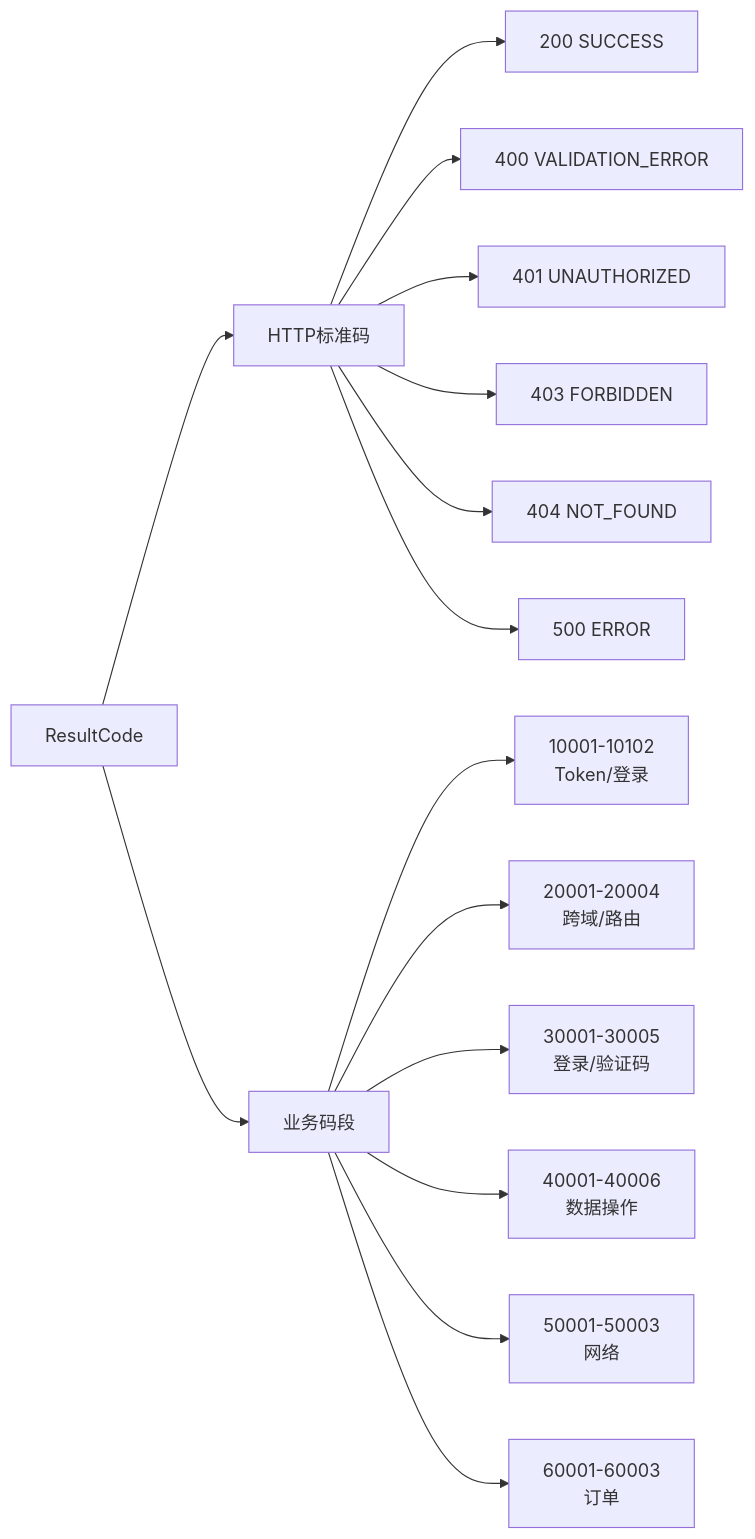
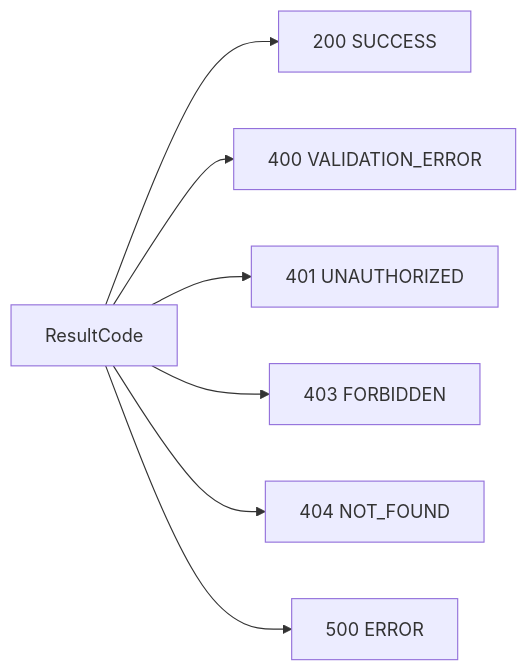
The diagram in docs/stories/US-005-结果码与业务错误码体系.md (shrimp-group/sh-framework), drawn with Mermaid before and after one commit. The commit also changed other lines of this file and 4 other files, not shown here.

````diff
--- a/docs/stories/US-005-结果码与业务错误码体系.md
+++ b/docs/stories/US-005-结果码与业务错误码体系.md
@@ -13,19 +13,9 @@
 ```mermaid
 flowchart LR
-    A[ResultCode] --> B[HTTP标准码]
-    A --> C[业务码段]
-    
-    B --> B1[200 SUCCESS]
-    B --> B2[400 VALIDATION_ERROR]
-    B --> B3[401 UNAUTHORIZED]
-    B --> B4[403 FORBIDDEN]
-    B --> B5[404 NOT_FOUND]
-    B --> B6[500 ERROR]
-    
-    C --> C1[10001-10102<br/>Token/登录]
-    C --> C2[20001-20004<br/>跨域/路由]
-    C --> C3[30001-30005<br/>登录/验证码]
-    C --> C4[40001-40006<br/>数据操作]
-    C --> C5[50001-50003<br/>网络]
-    C --> C6[60001-60003<br/>订单]
+    A[ResultCode] --> B1[200 SUCCESS]
+    A --> B2[400 VALIDATION_ERROR]
+    A --> B3[401 UNAUTHORIZED]
+    A --> B4[403 FORBIDDEN]
+    A --> B5[404 NOT_FOUND]
+    A --> B6[500 ERROR]
 ```
````
